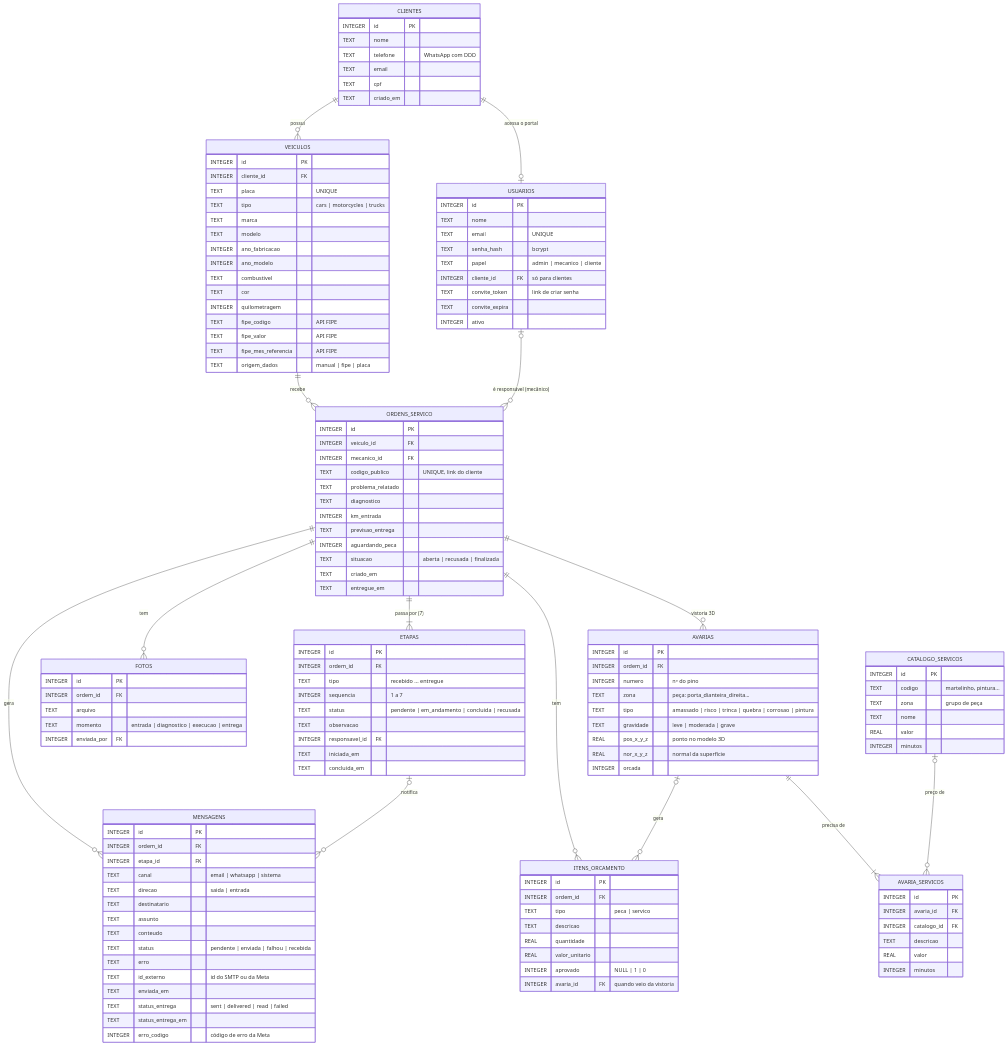
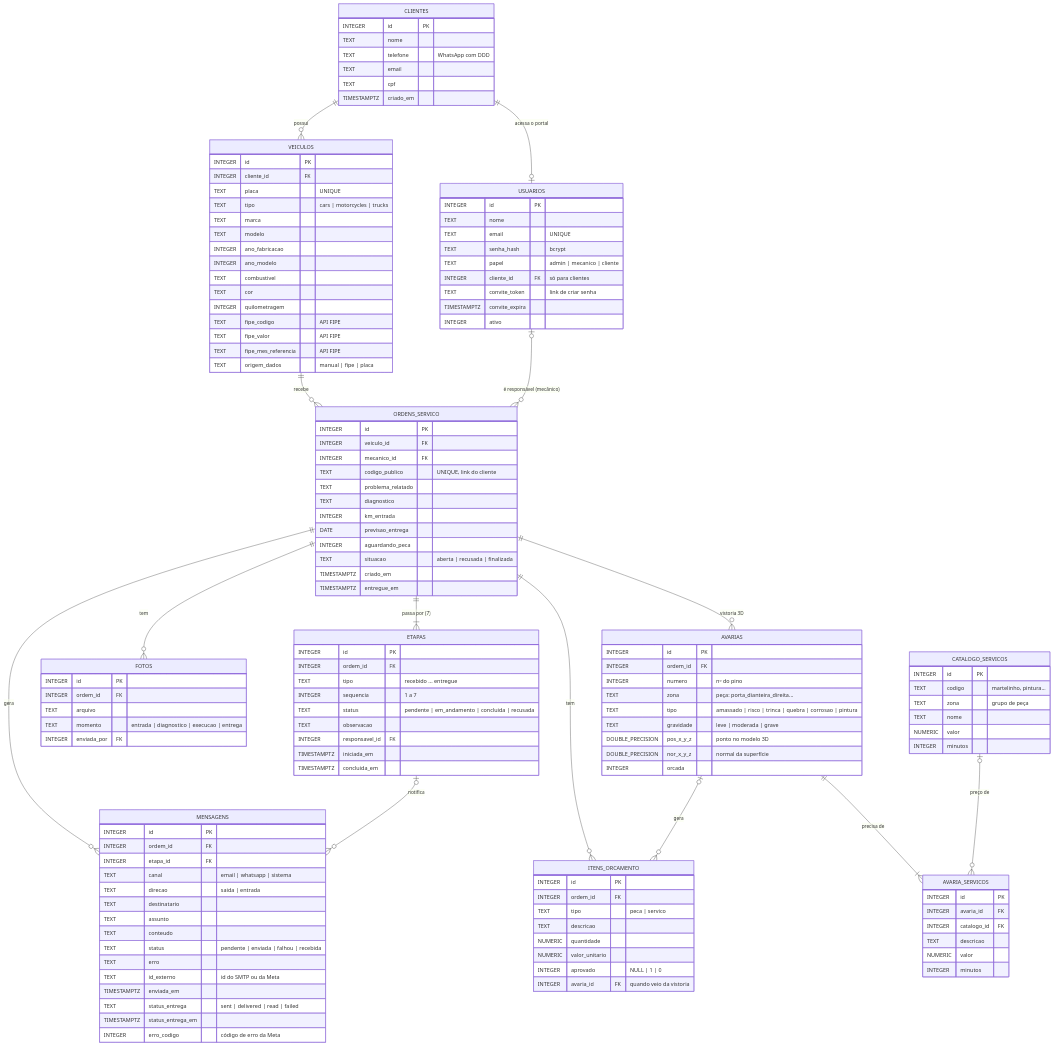
One commit to brenosuski17/oficinastatus changed the first of 2 diagrams in docs/der.md. Above: the diagram before and after it, drawn with Mermaid. The commit also changed 37 other files, not shown here.

````diff
--- a/docs/der.md
+++ b/docs/der.md
@@ -27,7 +27,7 @@
         TEXT telefone "WhatsApp com DDD"
         TEXT email
         TEXT cpf
-        TEXT criado_em
+        TIMESTAMPTZ criado_em
     }
     USUARIOS {
         INTEGER id PK
@@ -37,7 +37,7 @@
         TEXT papel "admin | mecanico | cliente"
         INTEGER cliente_id FK "só para clientes"
         TEXT convite_token "link de criar senha"
-        TEXT convite_expira
+        TIMESTAMPTZ convite_expira
         INTEGER ativo
     }
     VEICULOS {
@@ -65,11 +65,11 @@
         TEXT problema_relatado
         TEXT diagnostico
         INTEGER km_entrada
-        TEXT previsao_entrega
+        DATE previsao_entrega
         INTEGER aguardando_peca
         TEXT situacao "aberta | recusada | finalizada"
-        TEXT criado_em
-        TEXT entregue_em
+        TIMESTAMPTZ criado_em
+        TIMESTAMPTZ entregue_em
     }
     ETAPAS {
         INTEGER id PK
@@ -79,16 +79,16 @@
         TEXT status "pendente | em_andamento | concluida | recusada"
         TEXT observacao
         INTEGER responsavel_id FK
-        TEXT iniciada_em
-        TEXT concluida_em
+        TIMESTAMPTZ iniciada_em
+        TIMESTAMPTZ concluida_em
     }
     ITENS_ORCAMENTO {
         INTEGER id PK
         INTEGER ordem_id FK
         TEXT tipo "peca | servico"
         TEXT descricao
-        REAL quantidade
-        REAL valor_unitario
+        NUMERIC quantidade
+        NUMERIC valor_unitario
         INTEGER aprovado "NULL | 1 | 0"
         INTEGER avaria_id FK "quando veio da vistoria"
     }
@@ -106,8 +106,8 @@
         TEXT zona "peça: porta_dianteira_direita..."
         TEXT tipo "amassado | risco | trinca | quebra | corrosao | pintura"
         TEXT gravidade "leve | moderada | grave"
-        REAL pos_x_y_z "ponto no modelo 3D"
-        REAL nor_x_y_z "normal da superfície"
+        DOUBLE_PRECISION pos_x_y_z "ponto no modelo 3D"
+        DOUBLE_PRECISION nor_x_y_z "normal da superfície"
         INTEGER orcada
     }
     AVARIA_SERVICOS {
@@ -115,7 +115,7 @@
         INTEGER avaria_id FK
         INTEGER catalogo_id FK
         TEXT descricao
-        REAL valor
+        NUMERIC valor
         INTEGER minutos
     }
     CATALOGO_SERVICOS {
@@ -123,7 +123,7 @@
         TEXT codigo "martelinho, pintura..."
         TEXT zona "grupo de peça"
         TEXT nome
-        REAL valor
+        NUMERIC valor
         INTEGER minutos
     }
     MENSAGENS {
@@ -138,9 +138,9 @@
         TEXT status "pendente | enviada | falhou | recebida"
         TEXT erro
         TEXT id_externo "id do SMTP ou da Meta"
-        TEXT enviada_em
+        TIMESTAMPTZ enviada_em
         TEXT status_entrega "sent | delivered | read | failed"
-        TEXT status_entrega_em
+        TIMESTAMPTZ status_entrega_em
         INTEGER erro_codigo "código de erro da Meta"
     }
 ```
````
